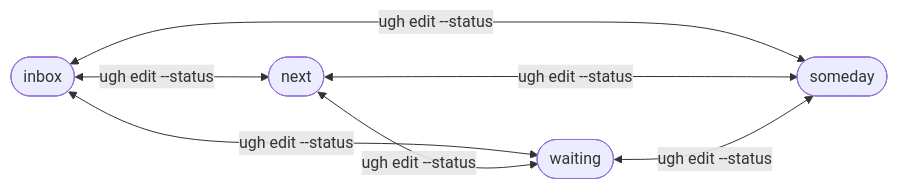
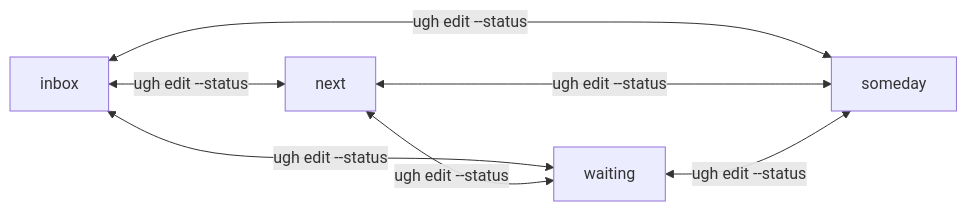
Before and after one commit to mholtzscher/ugh: the first of 3 diagrams in README.md, drawn with Mermaid. The commit also changed other lines of this file, not shown here.

Commit message:
docs: update Mermaid diagram syntax and styling in README

````diff
--- a/README.md
+++ b/README.md
@@ -147,14 +147,14 @@
 ```mermaid
 flowchart LR
-  inbox([inbox])
-  next([next])
-  waiting([waiting])
-  someday([someday])
+  SInbox[inbox]
+  SNext[next]
+  SWaiting[waiting]
+  SSomeday[someday]
 
-  inbox <--> |ugh edit --status| next
-  inbox <--> |ugh edit --status| waiting
-  inbox <--> |ugh edit --status| someday
-  next <--> |ugh edit --status| waiting
-  next <--> |ugh edit --status| someday
-  waiting <--> |ugh edit --status| someday
+  SInbox <--> |ugh edit --status| SNext
+  SInbox <--> |ugh edit --status| SWaiting
+  SInbox <--> |ugh edit --status| SSomeday
+  SNext <--> |ugh edit --status| SWaiting
+  SNext <--> |ugh edit --status| SSomeday
+  SWaiting <--> |ugh edit --status| SSomeday
 ```
````
